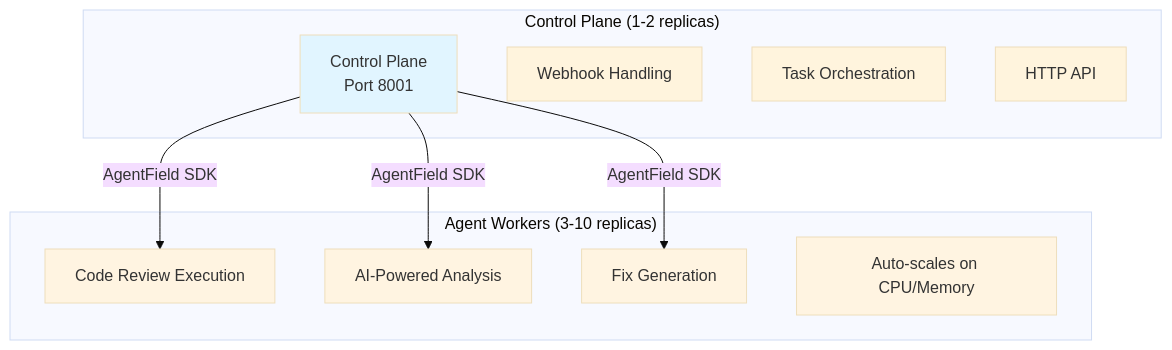
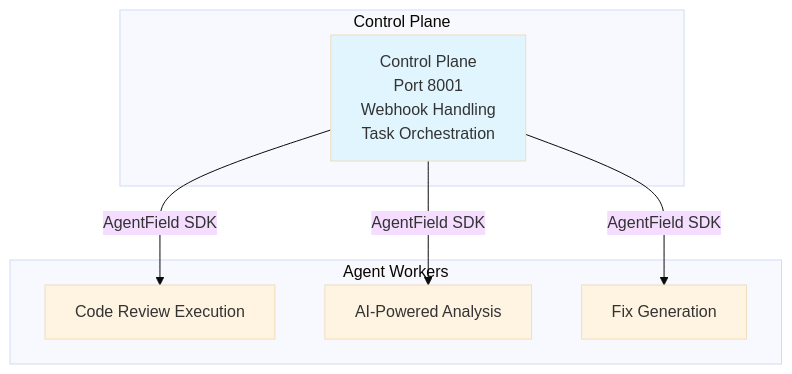
One commit to yongchenglow/af-code-agent changed the first of 2 diagrams in docs/DEPLOYMENT.md. Above: the diagram before and after it, drawn with Mermaid (base theme). The commit also changed other lines of this file and 6 other files, not shown here.

````diff
--- a/docs/DEPLOYMENT.md
+++ b/docs/DEPLOYMENT.md
@@ -28,26 +26,21 @@
 ```mermaid
 graph TB
-    subgraph "Control Plane (1-2 replicas)"
-        CP[Control Plane<br/>Port 8001]
-        CP1[Webhook Handling]
-        CP2[Task Orchestration]
-        CP3[HTTP API]
+    subgraph "Control Plane"
+        CP[Control Plane<br/>Port 8001<br/>Webhook Handling<br/>Task Orchestration]
     end
 
-    subgraph "Agent Workers (3-10 replicas)"
+    subgraph "Agent Workers"
         AW1[Code Review Execution]
         AW2[AI-Powered Analysis]
         AW3[Fix Generation]
-        AW4[Auto-scales on CPU/Memory]
     end
 
     CP -->|AgentField SDK| AW1
     CP -->|AgentField SDK| AW2
     CP -->|AgentField SDK| AW3
 
     style CP fill:#e1f5ff
     style AW1 fill:#fff4e1
     style AW2 fill:#fff4e1
     style AW3 fill:#fff4e1
-    style AW4 fill:#fff4e1
 ```
````
